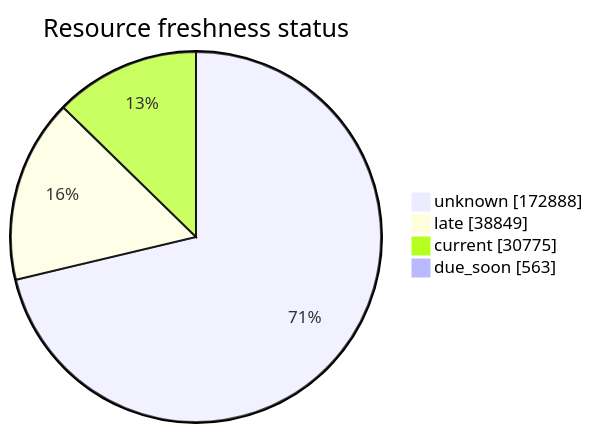
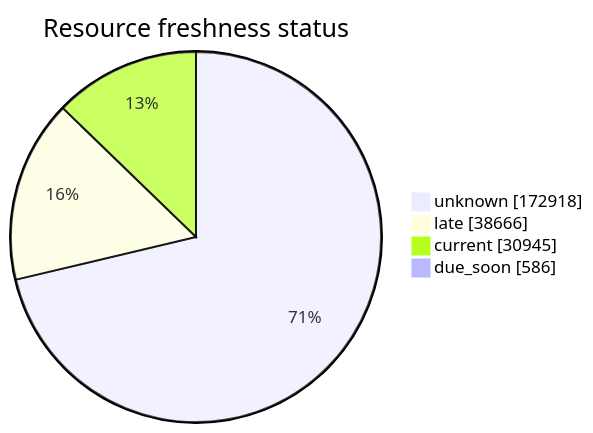
One commit to open-data/analytics-corporate-reporting changed the third of 5 diagrams in FreshCheck/README.md. Above: the diagram before and after it, drawn with Mermaid. The commit also changed other lines of this file and 3 other files, not shown here.

````diff
--- a/FreshCheck/README.md
+++ b/FreshCheck/README.md
@@ -77,7 +77,7 @@
 ```mermaid
 pie showData title Resource freshness status
-    "unknown": 172888
-    "late": 38849
-    "current": 30775
-    "due_soon": 563
+    "unknown": 172918
+    "late": 38666
+    "current": 30945
+    "due_soon": 586
 ```
````
